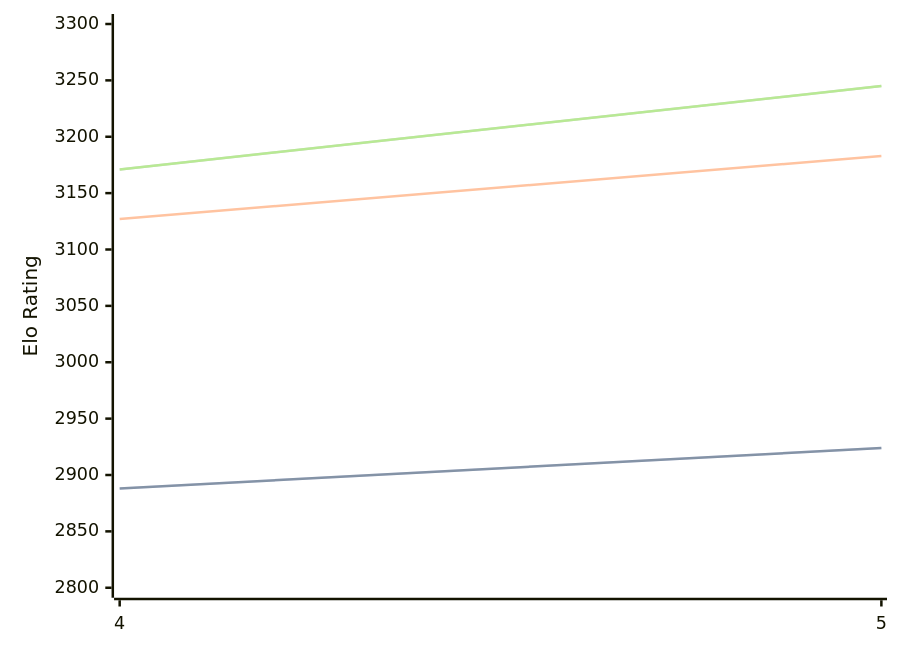
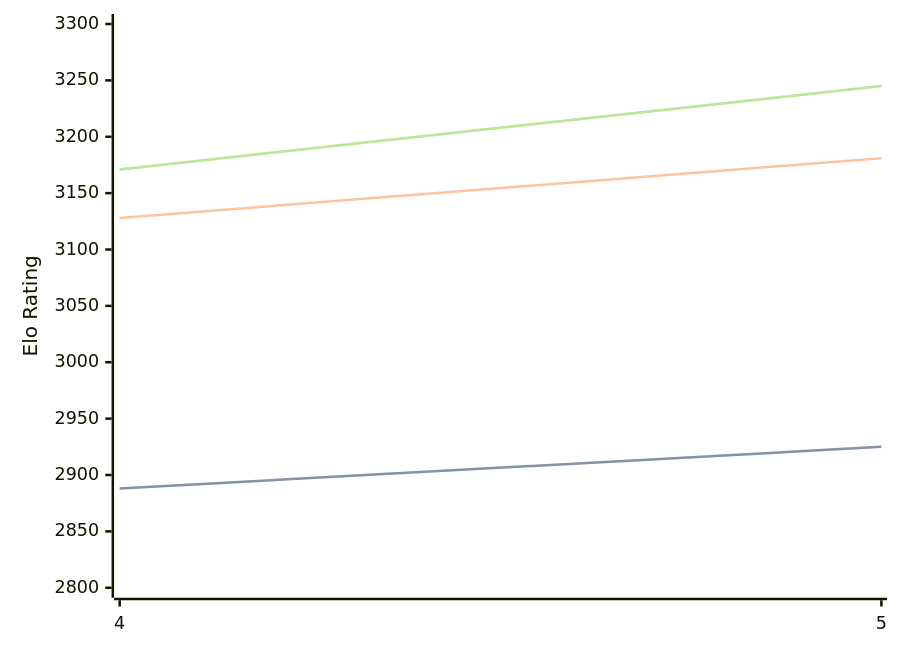
One commit to computer-chess-index/cci changed the diagram in engines/Cwtch.md. Above: the diagram before and after it, drawn with Mermaid. The commit also changed other lines of this file, not shown here.

Commit message:
Update CCI Ratings (ELO VLTC) - 2026-04-22

````diff
--- a/engines/Cwtch.md
+++ b/engines/Cwtch.md
@@ -34,11 +34,11 @@
 ```mermaid
 %%{init: {"theme":"base","themeVariables":{"seriesColors:['#a3a3a3','#222221','#faa371']}}}%%
 xychart-beta
   x-axis ["4", "5"]
   y-axis "Elo Rating" 2800 --> 3300
-  line "STC (8.0+0.08s)" [2888, 2924]
-  line "STC (8.0+0.08s)" [2888, 2924]
-  line "LTC (60.0+0.60s)" [3127, 3183]
+  line "STC (8.0+0.08s)" [2888, 2925]
+  line "STC (8.0+0.08s)" [2888, 2925]
+  line "LTC (60.0+0.60s)" [3128, 3181]
   line "VLTC (2m24s+1.12s)" [3171, 3245]
   line "VLTC (2m24s+1.12s)" [3171, 3245]
 ```
````
